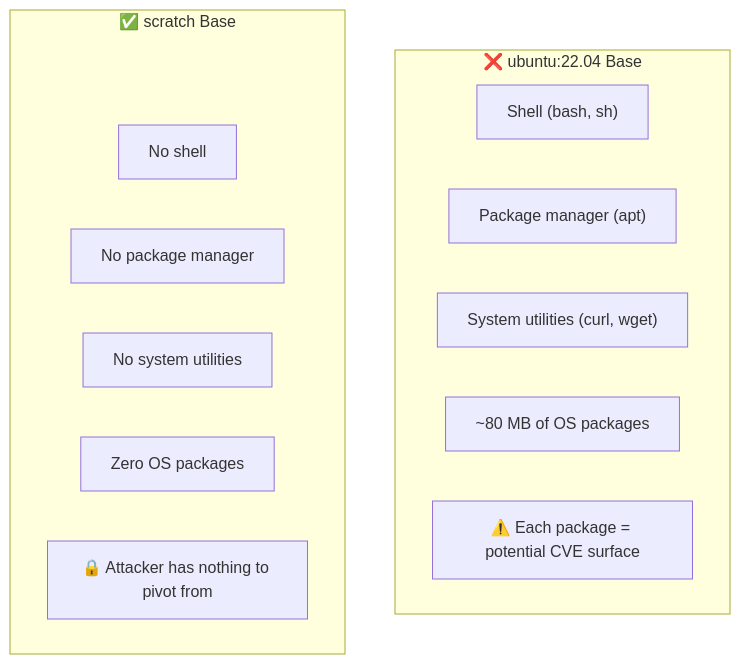
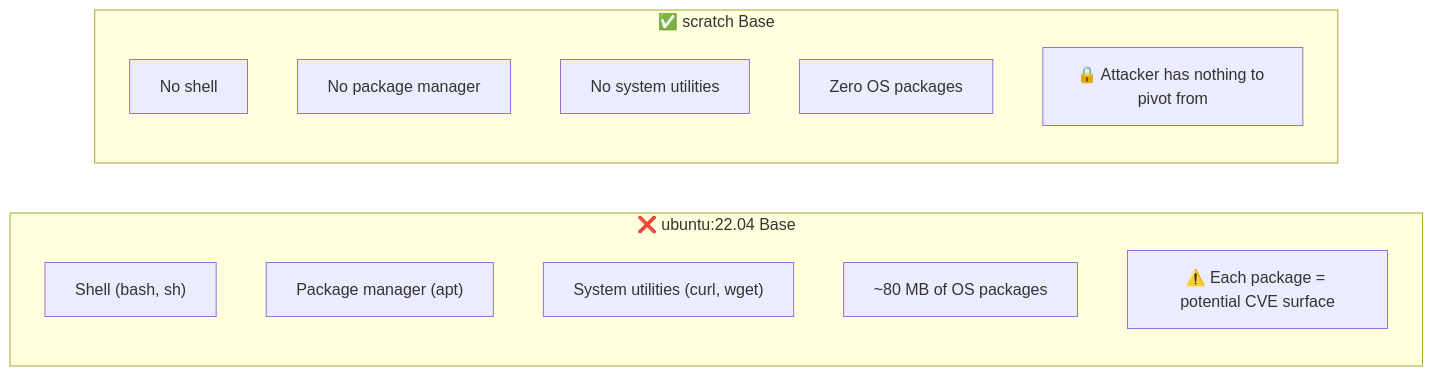
One commit to romangurevitch/GoTraining changed the fifth of 6 diagrams in internal/fundamentals/api-lifecycle-and-deployment/03-containerisation.md. Above: the diagram before and after it, drawn with Mermaid. The commit also changed other lines of this file and 20 other files, not shown here.

````diff
--- a/internal/fundamentals/api-lifecycle-and-deployment/03-containerisation.md
+++ b/internal/fundamentals/api-lifecycle-and-deployment/03-containerisation.md
@@ -116,21 +121,20 @@
 ```mermaid
-graph TB
+graph LR
     subgraph UbuntuBased["❌ ubuntu:22.04 Base"]
+        direction TB
         U1["Shell (bash, sh)"]
         U2["Package manager (apt)"]
         U3["System utilities (curl, wget)"]
         U4["~80 MB of OS packages"]
         U5["⚠️ Each package = potential CVE surface"]
     end
 
     subgraph ScratchBased["✅ scratch Base"]
-        SPACE1["  "]
+        direction TB
         SC1["No shell"]
         SC2["No package manager"]
         SC3["No system utilities"]
         SC4["Zero OS packages"]
         SC5["🔒 Attacker has nothing to pivot from"]
     end
-
-    style SPACE1 fill:none,stroke:none
 ```
````
